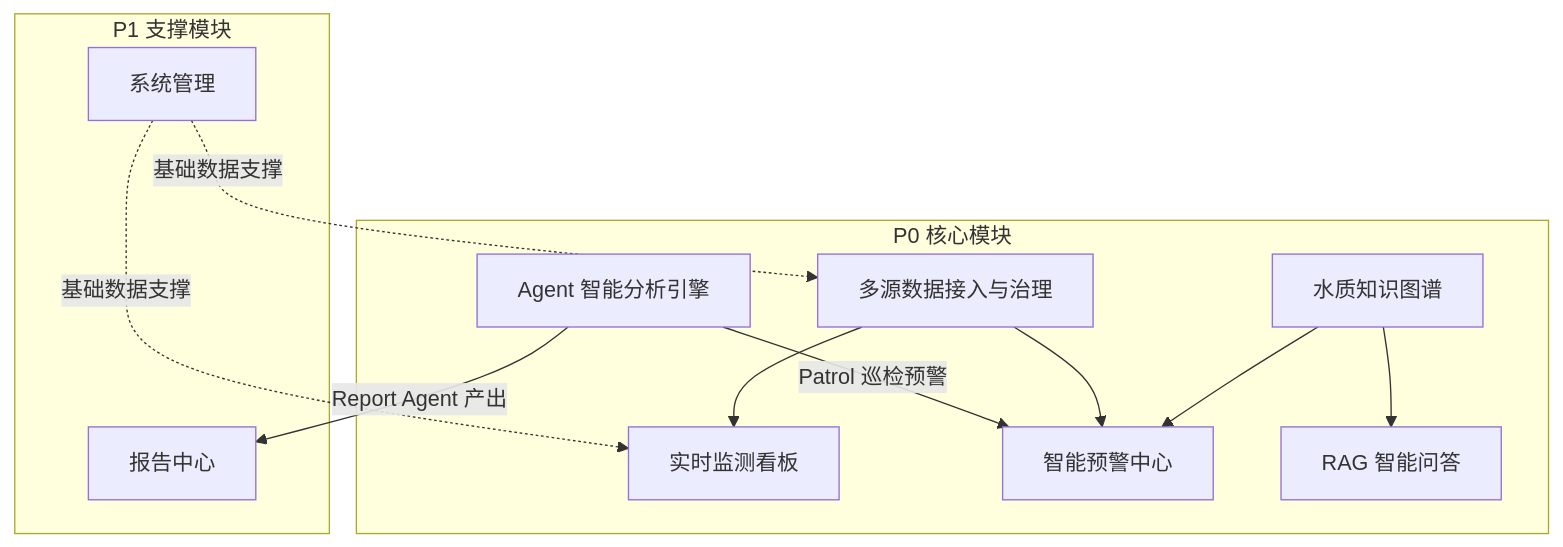
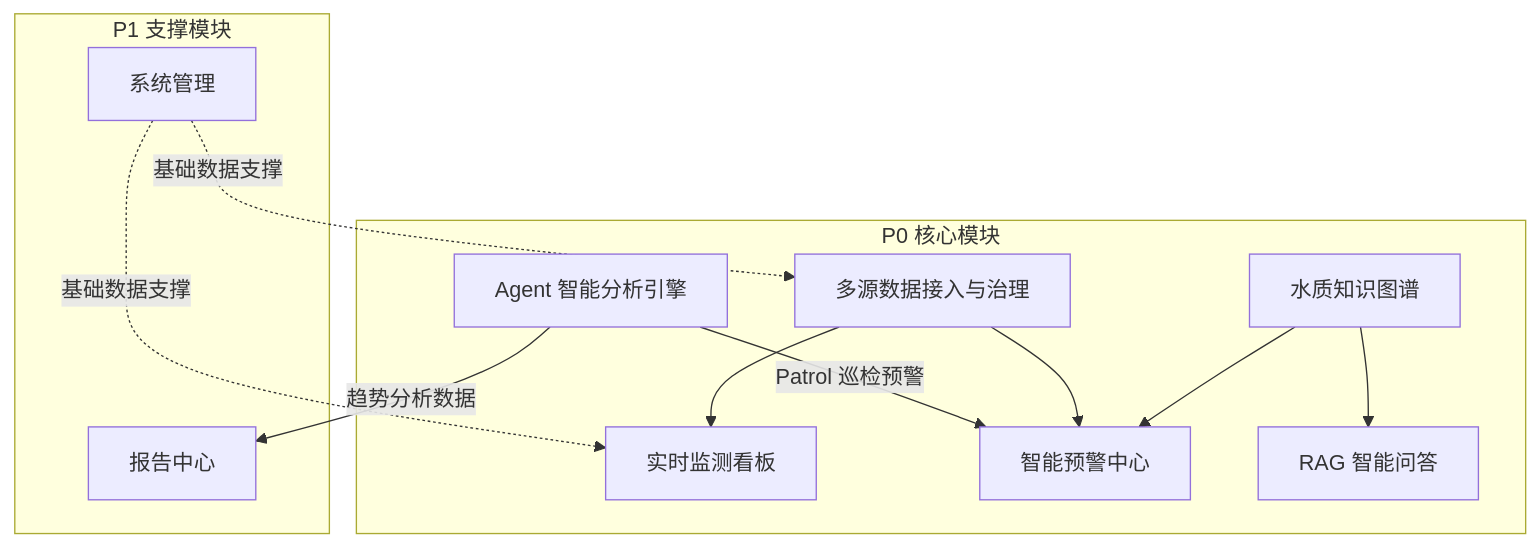
Before and after one commit to ddll8023/water_agent: the diagram in doc/水库水质智慧监测平台_前端驱动功能模块与接口设计.md, drawn with Mermaid. The commit also changed other lines of this file and 23 other files, not shown here.

First line of the commit message:
feat: Implement multi-Agent architecture for intelligent analysis engine

````diff
--- a/doc/水库水质智慧监测平台_前端驱动功能模块与接口设计.md
+++ b/doc/水库水质智慧监测平台_前端驱动功能模块与接口设计.md
@@ -9,25 +9,25 @@
 ```mermaid
 graph TB
     subgraph P0 核心模块
         M1[多源数据接入与治理]
         M2[实时监测看板]
         M3[智能预警中心]
         M4[RAG 智能问答]
         M5[水质知识图谱]
         M6[Agent 智能分析引擎]
     end
 
     subgraph P1 支撑模块
         M7[报告中心]
         M8[系统管理]
     end
 
     M6 -->|Patrol 巡检预警| M3
-    M6 -->|Report Agent 产出| M7
+    M6 -->|趋势分析数据| M7
     M1 --> M2
     M1 --> M3
     M5 --> M3
     M5 --> M4
     M8 -.->|基础数据支撑| M1
     M8 -.->|基础数据支撑| M2
 ```
````
